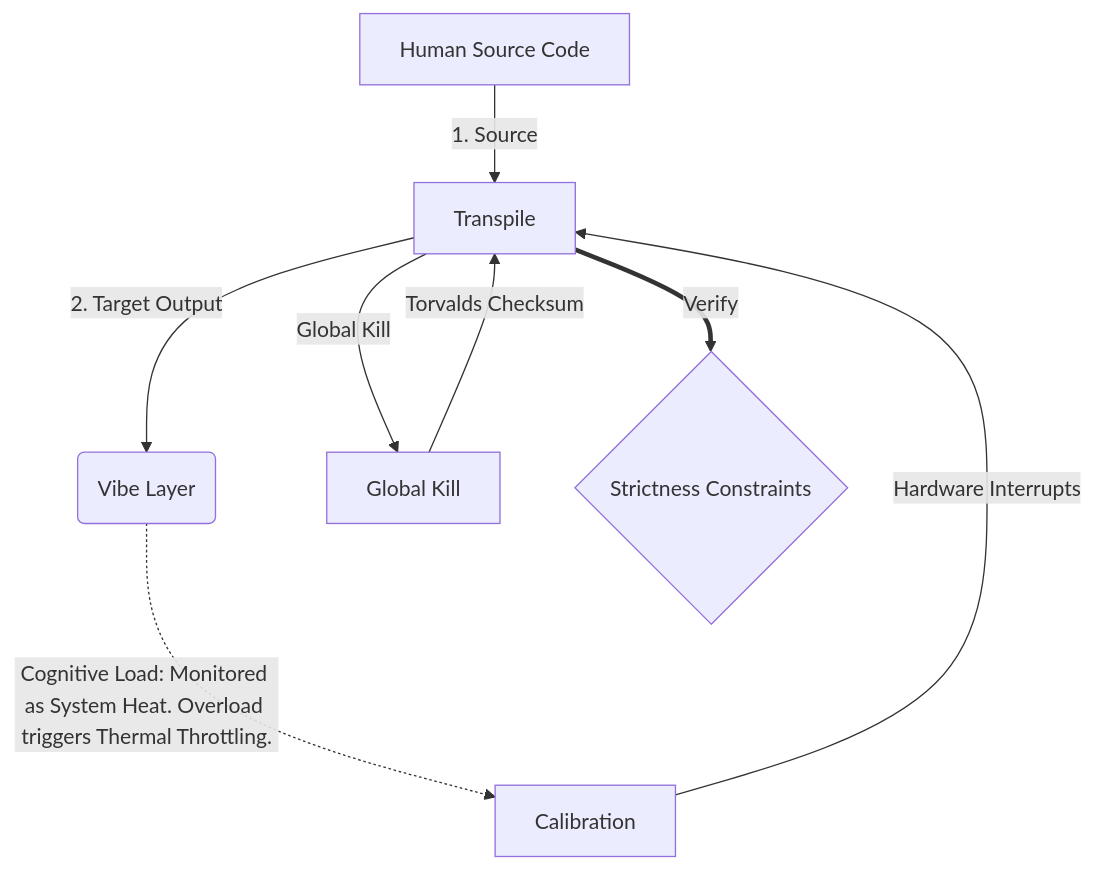
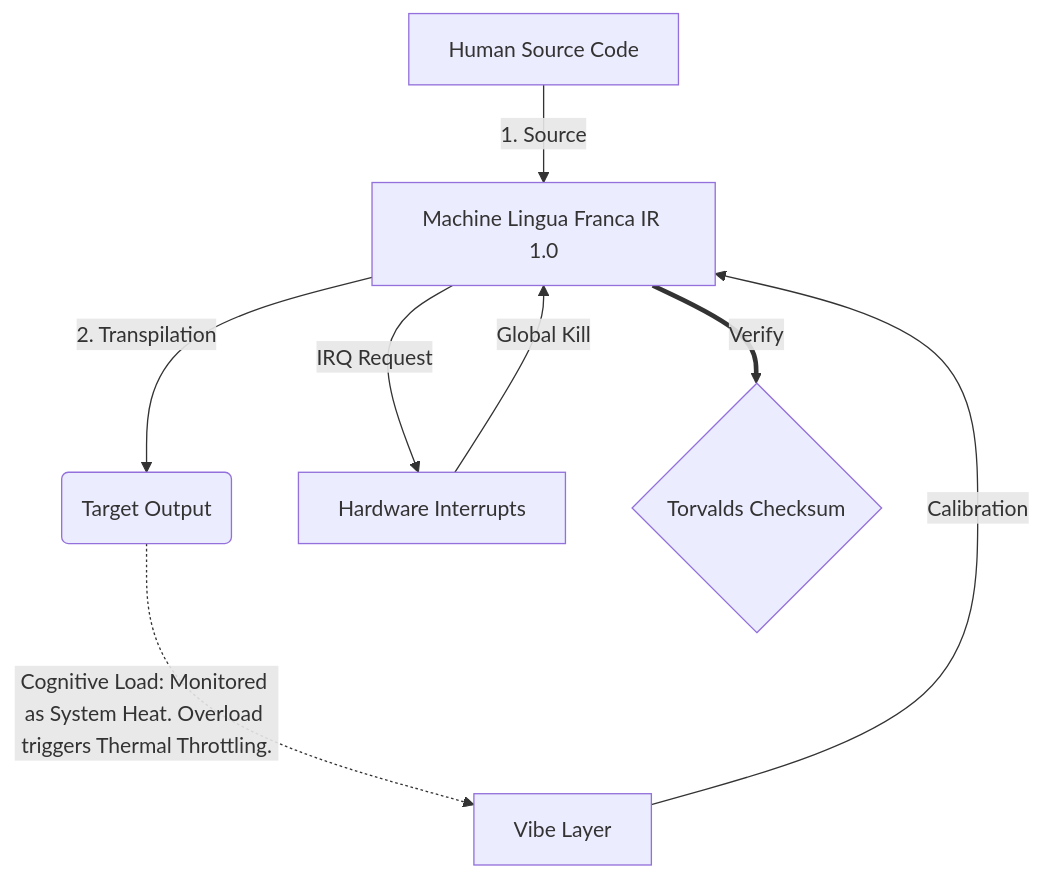
Before and after one commit to 0compute/machine: the diagram in README.hacker.jam.md, drawn with Mermaid. The commit also changed other lines of this file and 103 other files, not shown here.

````diff
--- a/README.hacker.jam.md
+++ b/README.hacker.jam.md
@@ -93,10 +93,10 @@
 ```mermaid
 graph TD
-    A[Human Source Code] -->|1. Source| B[Transpile]
-    B -->|2. Target Output| C(Vibe Layer)
-    C -.->|Cognitive Load: Monitored as System Heat. Overload triggers Thermal Throttling.| G[Calibration]
-    G -->|Hardware Interrupts| B
-    B -->|Global Kill| H[Global Kill]
-    H -->|Torvalds Checksum| B
-    B == Verify ==> I{Strictness Constraints}
+    A[Human Source Code] -->|1. Source| B[Machine Lingua Franca IR 1.0]
+    B -->|2. Transpilation| C(Target Output)
+    C -.->|Cognitive Load: Monitored as System Heat. Overload triggers Thermal Throttling.| G[Vibe Layer]
+    G -->|Calibration| B
+    B -->|IRQ Request| H[Hardware Interrupts]
+    H -->|Global Kill| B
+    B == Verify ==> I{Torvalds Checksum}
 ```
````
